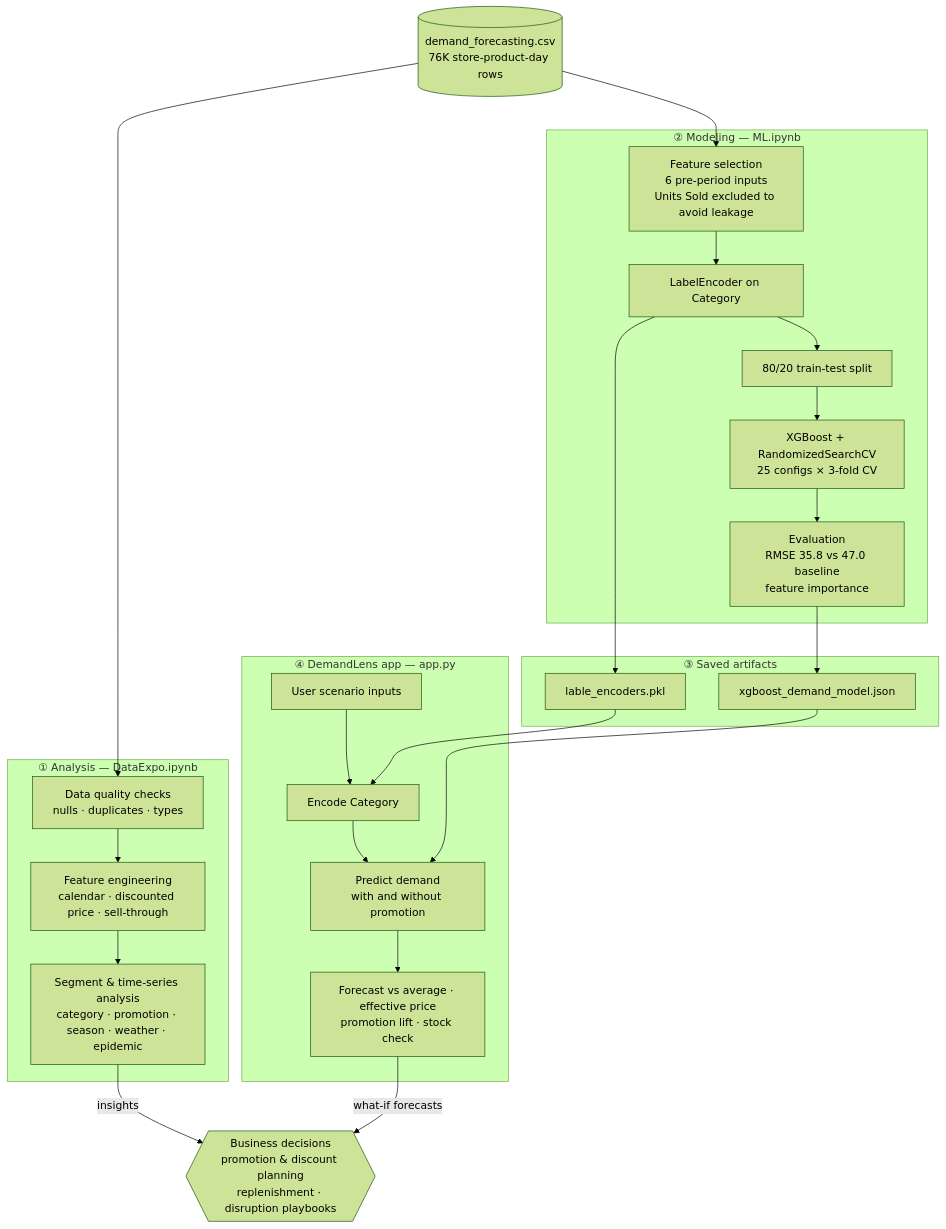
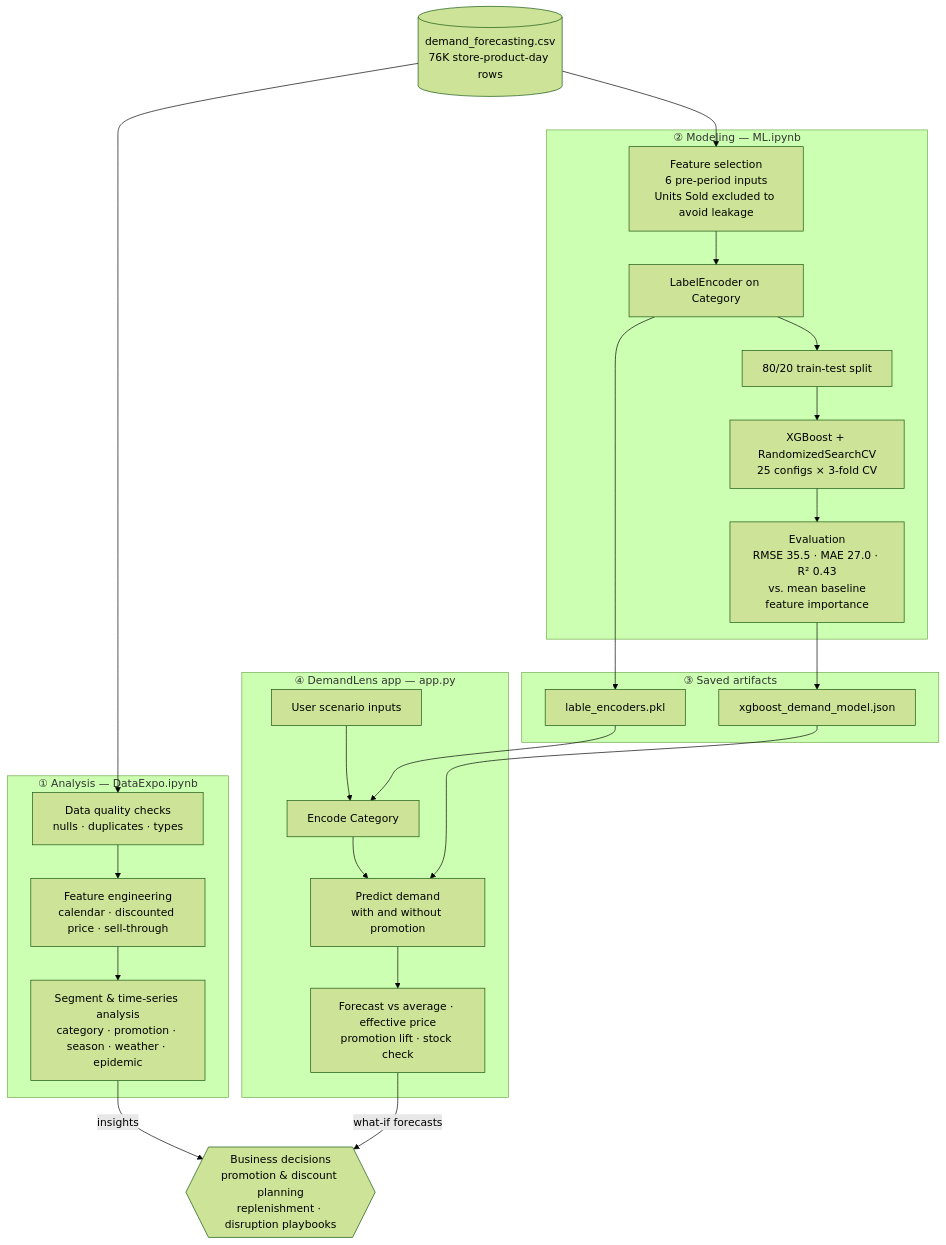
Before and after one commit to mohitArmore/DemandLens-_Retail_Demand-_Forecasting_-_Promotion_Analytics: the diagram in README.md, drawn with Mermaid (forest theme). The commit also changed other lines of this file and 2 other files, not shown here.

First line of the commit message:
Quantify demand drivers, add full model evaluation and cite data source

````diff
--- a/README.md
+++ b/README.md
@@ -39,44 +39,44 @@
 ```mermaid
 flowchart TB
     A[("demand_forecasting.csv<br/>76K store-product-day rows")]
 
     subgraph EDA["① Analysis — DataExpo.ipynb"]
         B["Data quality checks<br/>nulls · duplicates · types"]
         C["Feature engineering<br/>calendar · discounted price · sell-through"]
         D["Segment & time-series analysis<br/>category · promotion · season · weather · epidemic"]
         B --> C --> D
     end
 
     subgraph ML["② Modeling — ML.ipynb"]
         E["Feature selection<br/>6 pre-period inputs<br/>Units Sold excluded to avoid leakage"]
         F["LabelEncoder on Category"]
         G["80/20 train-test split"]
         H["XGBoost + RandomizedSearchCV<br/>25 configs × 3-fold CV"]
-        I["Evaluation<br/>RMSE 35.8 vs 47.0 baseline<br/>feature importance"]
+        I["Evaluation<br/>RMSE 35.5 · MAE 27.0 · R² 0.43<br/>vs. mean baseline<br/>feature importance"]
         E --> F --> G --> H --> I
     end
 
     subgraph ART["③ Saved artifacts"]
         J["xgboost_demand_model.json"]
         K["lable_encoders.pkl"]
     end
 
     subgraph APP["④ DemandLens app — app.py"]
         L["User scenario inputs"]
         M["Encode Category"]
         N["Predict demand<br/>with and without promotion"]
         O["Forecast vs average · effective price<br/>promotion lift · stock check"]
         L --> M --> N --> O
     end
 
     P{{"Business decisions<br/>promotion & discount planning<br/>replenishment · disruption playbooks"}}
 
     A --> B
     A --> E
     I --> J
     F --> K
     J --> N
     K --> M
     D -- "insights" --> P
     O -- "what-if forecasts" --> P
 ```
````
